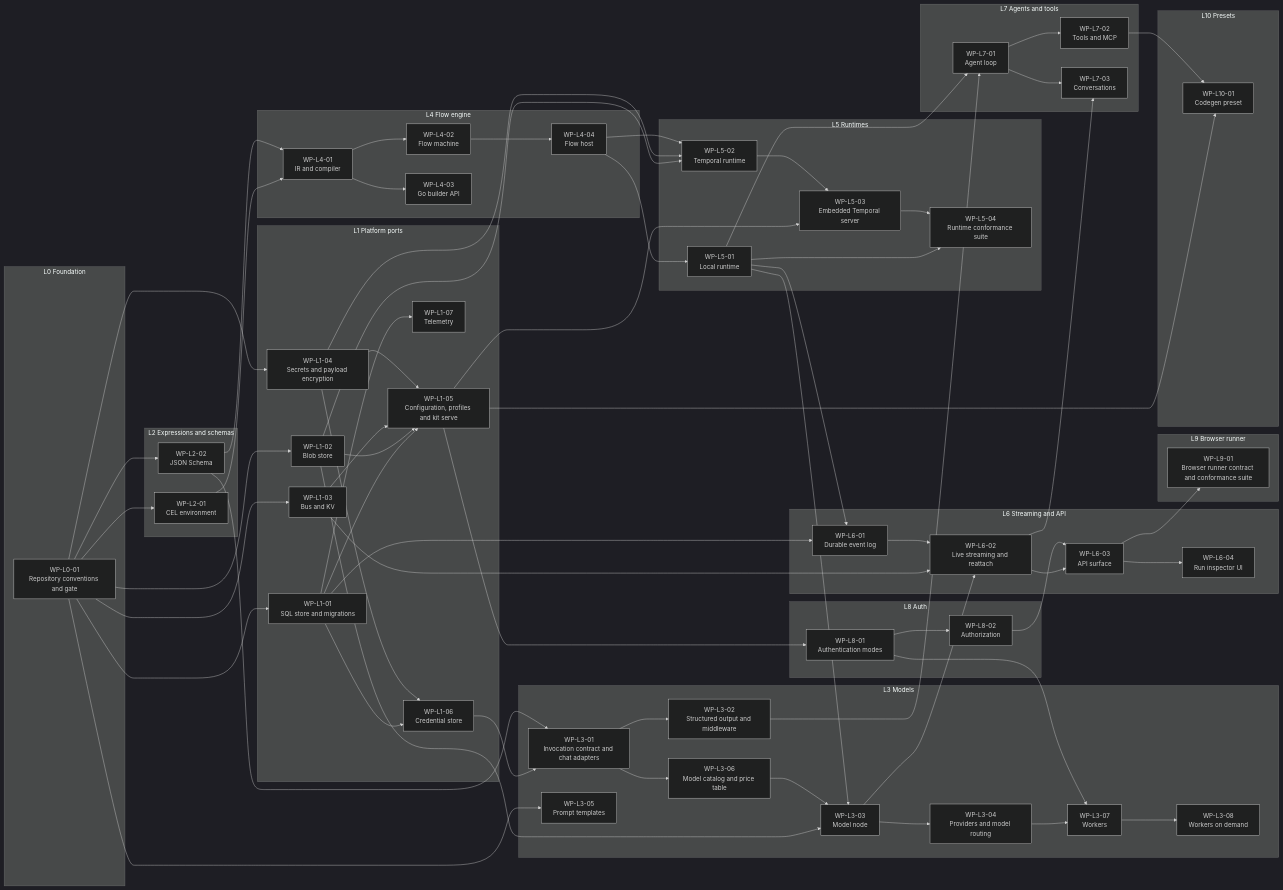
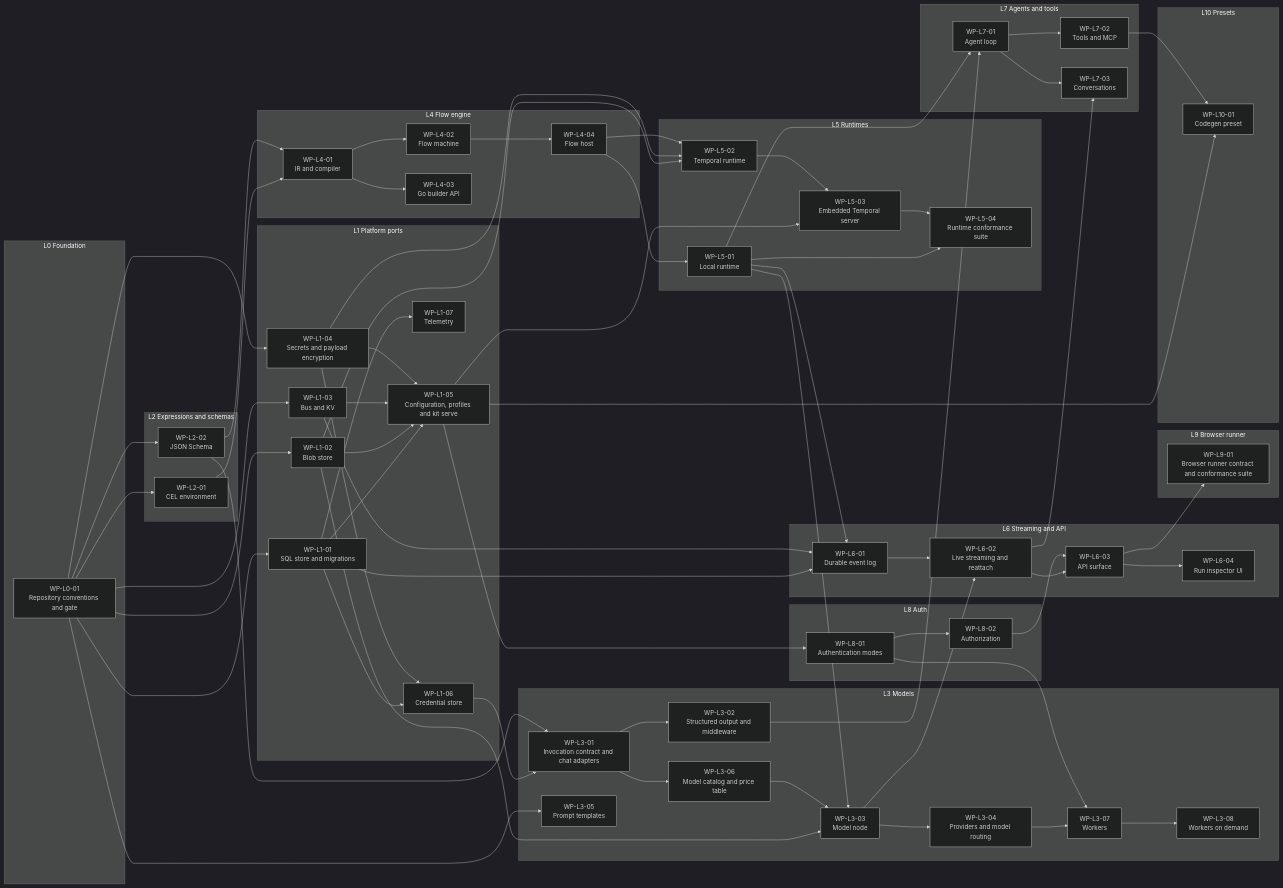
Before and after one commit to epzero/basamento: the second of 2 diagrams in docs/roadmap/README.md, drawn with Mermaid (dark theme). The commit also changed 5 other files, not shown here.

First line of the commit message:
docs(roadmap): apply owner decisions on presets, event log and audit

```diff
--- a/docs/roadmap/README.md
+++ b/docs/roadmap/README.md
@@ -137,7 +137,7 @@
   WP_L1_02 --> WP_L3_03
   WP_L1_02 --> WP_L5_02
   WP_L1_03 --> WP_L1_05
-  WP_L1_03 --> WP_L6_02
+  WP_L1_03 --> WP_L6_01
   WP_L1_04 --> WP_L1_05
   WP_L1_04 --> WP_L1_06
   WP_L1_04 --> WP_L5_02
```
